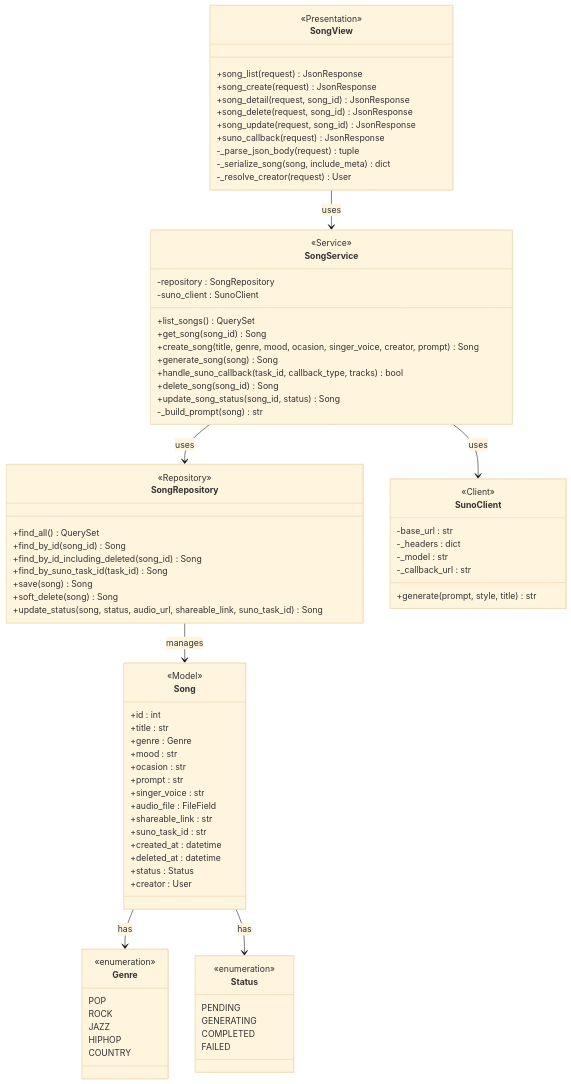
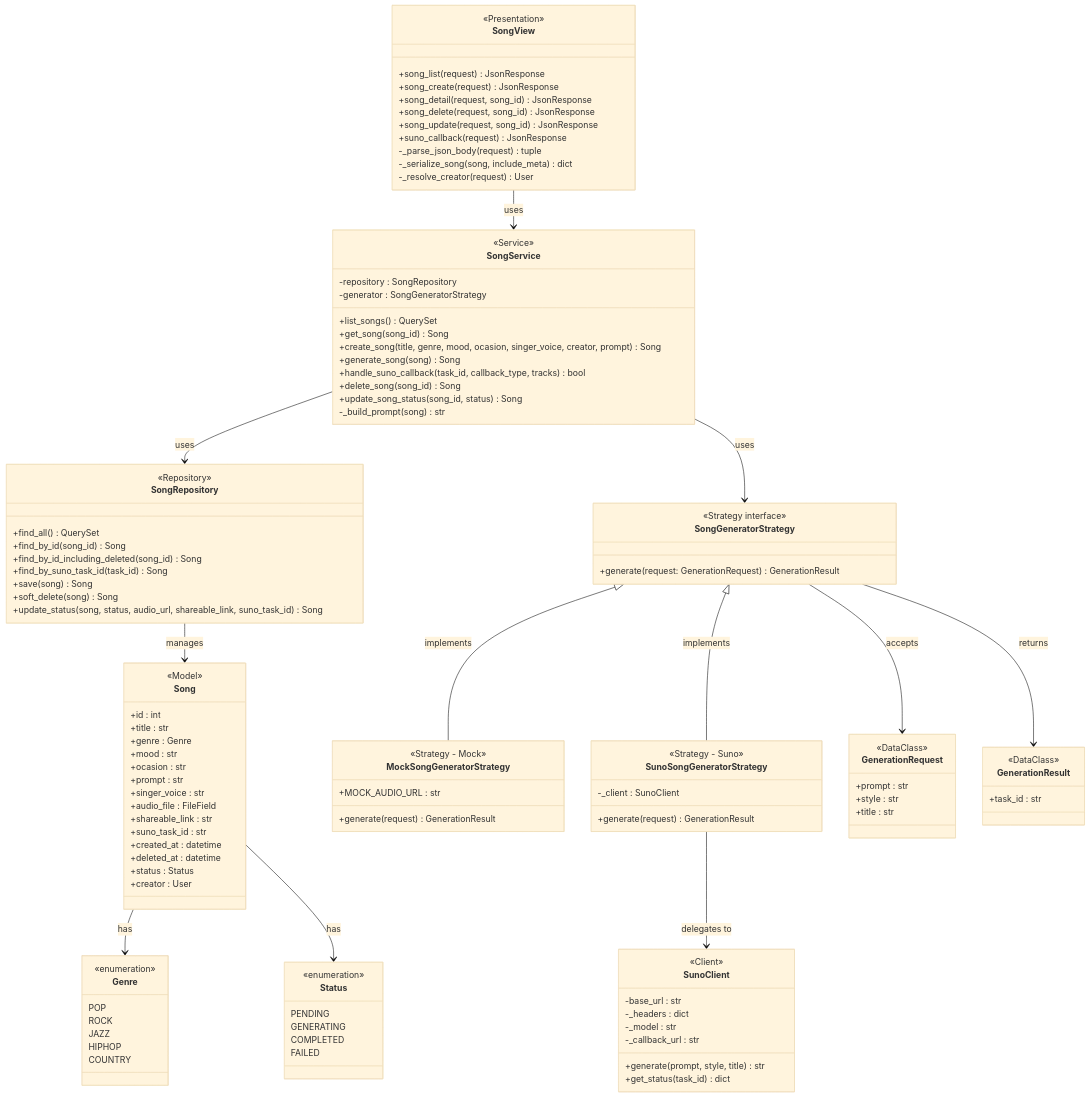
One commit to ParanyuLion/Cithara changed the diagram in docs/class_diagram.md. Above: the diagram before and after it, drawn with Mermaid (base theme). The commit also changed 10 other files, not shown here.

Commit message:
feat: add mock and suno strategy

````diff
--- a/docs/class_diagram.md
+++ b/docs/class_diagram.md
@@ -20,7 +20,7 @@
     class SongService {
         <<Service>>
         -repository : SongRepository
-        -suno_client : SunoClient
+        -generator : SongGeneratorStrategy
         +list_songs() QuerySet
         +get_song(song_id) Song
         +create_song(title, genre, mood, ocasion, singer_voice, creator, prompt) Song
@@ -44,6 +44,23 @@
     }
 
     %% ── Client Layer ────────────────────────────────────────────────────────
+    class SongGeneratorStrategy {
+        <<Strategy interface>>
+        +generate(request: GenerationRequest) GenerationResult
+    }
+
+    class MockSongGeneratorStrategy {
+        <<Strategy - Mock>>
+        +MOCK_AUDIO_URL : str
+        +generate(request) GenerationResult
+    }
+
+    class SunoSongGeneratorStrategy {
+        <<Strategy - Suno>>
+        -_client : SunoClient
+        +generate(request) GenerationResult
+    }
+
     class SunoClient {
         <<Client>>
         -base_url : str
@@ -51,6 +68,19 @@
         -_model : str
         -_callback_url : str
         +generate(prompt, style, title) str
+        +get_status(task_id) dict
+    }
+
+    class GenerationRequest {
+        <<DataClass>>
+        +prompt : str
+        +style : str
+        +title : str
+    }
+
+    class GenerationResult {
+        <<DataClass>>
+        +task_id : str
     }
 
     %% ── Domain Layer ────────────────────────────────────────────────────────
@@ -90,10 +120,15 @@
     }
 
     %% ── Relationships ───────────────────────────────────────────────────────
-    SongView       --> SongService    : uses
-    SongService    --> SongRepository : uses
-    SongService    --> SunoClient     : uses
-    SongRepository --> Song           : manages
-    Song           --> Genre          : has
-    Song           --> Status         : has
+    SongView                  --> SongService             : uses
+    SongService               --> SongRepository          : uses
+    SongService               --> SongGeneratorStrategy   : uses
+    SongGeneratorStrategy     <|-- MockSongGeneratorStrategy  : implements
+    SongGeneratorStrategy     <|-- SunoSongGeneratorStrategy  : implements
+    SunoSongGeneratorStrategy --> SunoClient              : delegates to
+    SongGeneratorStrategy     --> GenerationRequest       : accepts
+    SongGeneratorStrategy     --> GenerationResult        : returns
+    SongRepository            --> Song                    : manages
+    Song                      --> Genre                   : has
+    Song                      --> Status                  : has
 ```
````
